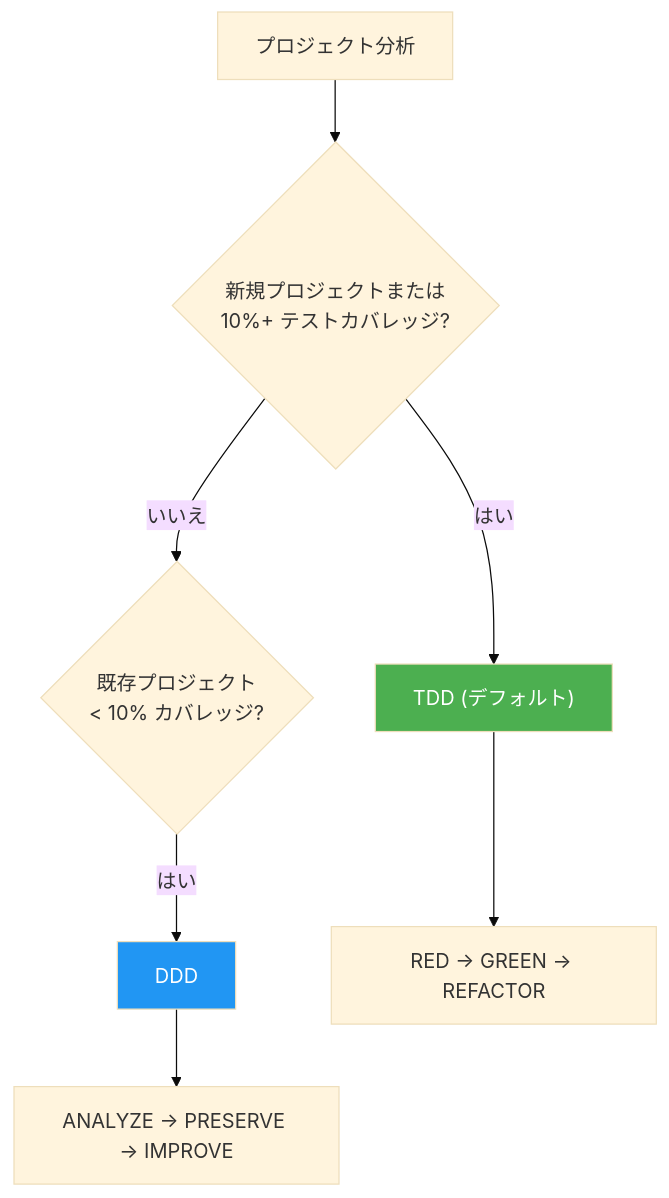
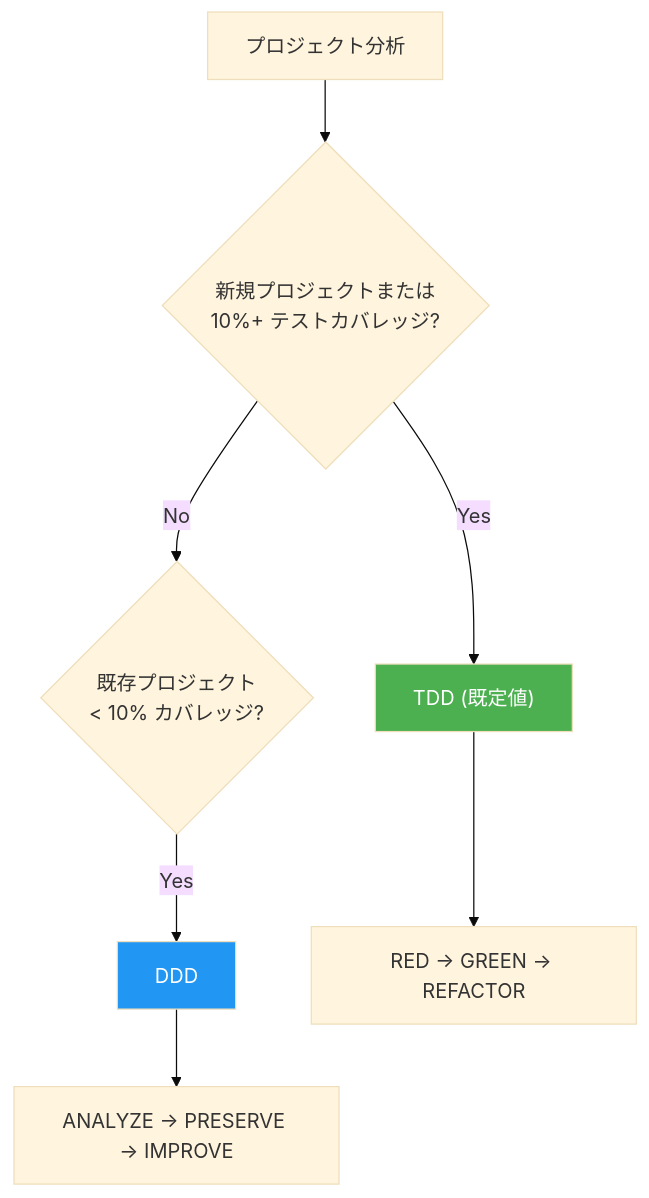
One commit to modu-ai/moai-adk changed the diagram in docs-site/content/ja/getting-started/faq.md. Above: the diagram before and after it, drawn with Mermaid (base theme). The commit also changed other lines of this file and 395 other files, not shown here.

````diff
--- a/docs-site/content/ja/getting-started/faq.md
+++ b/docs-site/content/ja/getting-started/faq.md
@@ -156,12 +176,12 @@
 ```mermaid
 flowchart TD
     A["プロジェクト分析"] --> B{"新規プロジェクトまたは<br/>10%+ テストカバレッジ?"}
-    B -->|"はい"| C["TDD (デフォルト)"]
-    B -->|"いいえ"| D{"既存プロジェクト<br/>< 10% カバレッジ?"}
-    D -->|"はい"| E["DDD"]
+    B -->|"Yes"| C["TDD (既定値)"]
+    B -->|"No"| D{"既存プロジェクト<br/>< 10% カバレッジ?"}
+    D -->|"Yes"| E["DDD"]
     C --> F["RED → GREEN → REFACTOR"]
     E --> G["ANALYZE → PRESERVE → IMPROVE"]
 
     style C fill:#4CAF50,color:#fff
     style E fill:#2196F3,color:#fff
 ```
````
